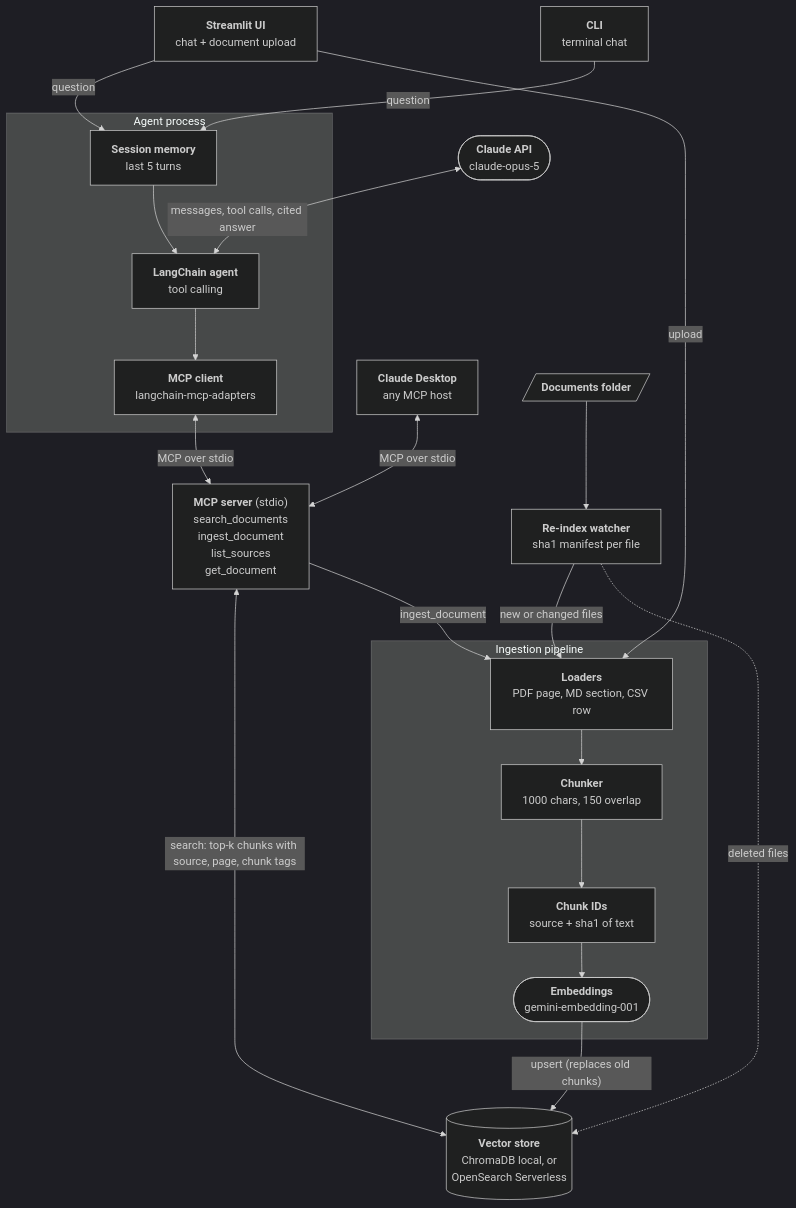
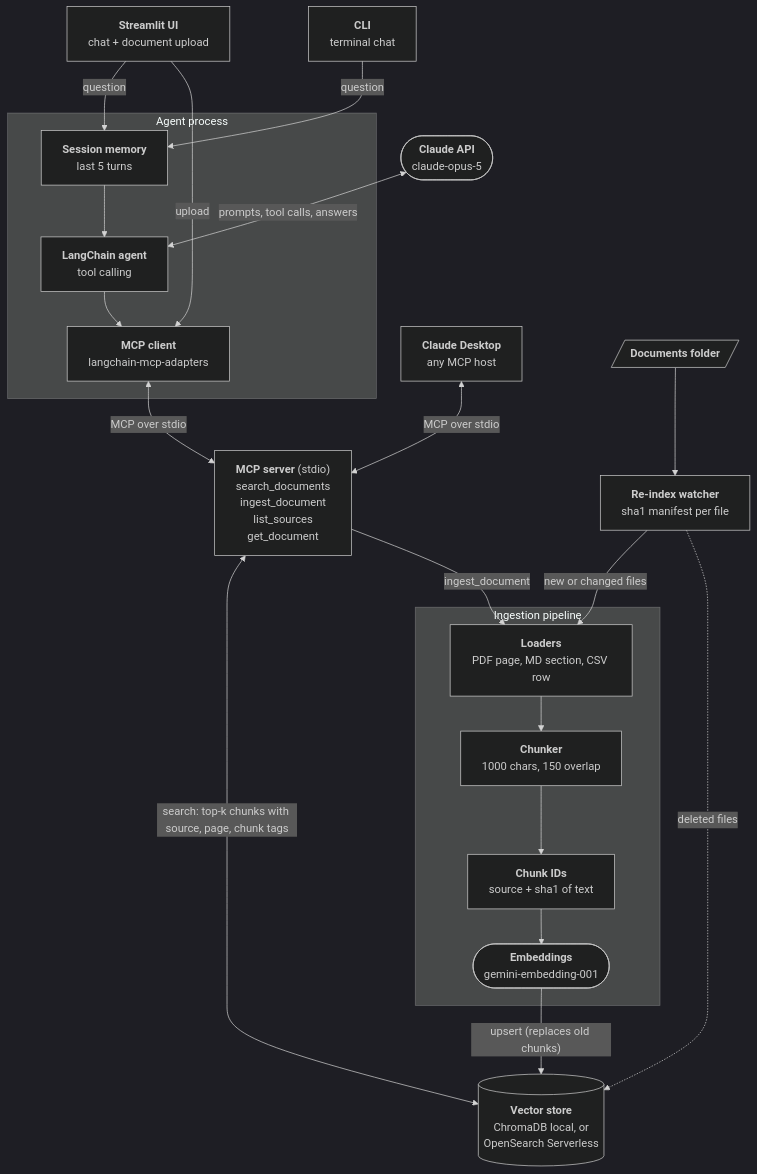
The diagram in docs/architecture.mmd (Majody21/rag-agent-system), drawn with Mermaid (dark theme) before and after one commit. The commit also changed 20 other files, not shown here.

```diff
--- a/docs/architecture.mmd
+++ b/docs/architecture.mmd
@@ -1,59 +1,59 @@
 flowchart TB
     UI["`**Streamlit UI**
     chat + document upload`"]
     CLI["`**CLI**
     terminal chat`"]
     CD["`**Claude Desktop**
     any MCP host`"]
 
     subgraph AGENT["Agent process"]
         SES["`**Session memory**
         last 5 turns`"]
         AG["`**LangChain agent**
         tool calling`"]
         MCPC["`**MCP client**
         langchain-mcp-adapters`"]
     end
 
     LLM(["`**Claude API**
     claude-opus-5`"])
 
     MCPS["`**MCP server** (stdio)
     search_documents
     ingest_document
     list_sources
     get_document`"]
 
     subgraph INGEST["Ingestion pipeline"]
         LD["`**Loaders**
         PDF page, MD section, CSV row`"]
         CH["`**Chunker**
         1000 chars, 150 overlap`"]
         HID["`**Chunk IDs**
         source + sha1 of text`"]
         EMB(["`**Embeddings**
         gemini-embedding-001`"])
     end
 
     DOCS[/"`**Documents folder**`"/]
     RW["`**Re-index watcher**
     sha1 manifest per file`"]
 
     VS[("`**Vector store**
     ChromaDB local, or
     OpenSearch Serverless`")]
 
     UI -- question --> SES
     CLI -- question --> SES
     SES --> AG
-    LLM <-- "messages, tool calls, cited answer" --> AG
+    LLM <-- "prompts, tool calls, answers" --> AG
     AG --> MCPC
     MCPC <-- "MCP over stdio" --> MCPS
     CD <-- "MCP over stdio" --> MCPS
     MCPS <-- "search: top-k chunks with source, page, chunk tags" --> VS
     MCPS -- ingest_document --> LD
-    UI -- upload --> LD
+    UI -- upload --> MCPC
     DOCS --> RW
     RW -- "new or changed files" --> LD
     RW -. "deleted files" .-> VS
     LD --> CH --> HID --> EMB -- "upsert (replaces old chunks)" --> VS
```
